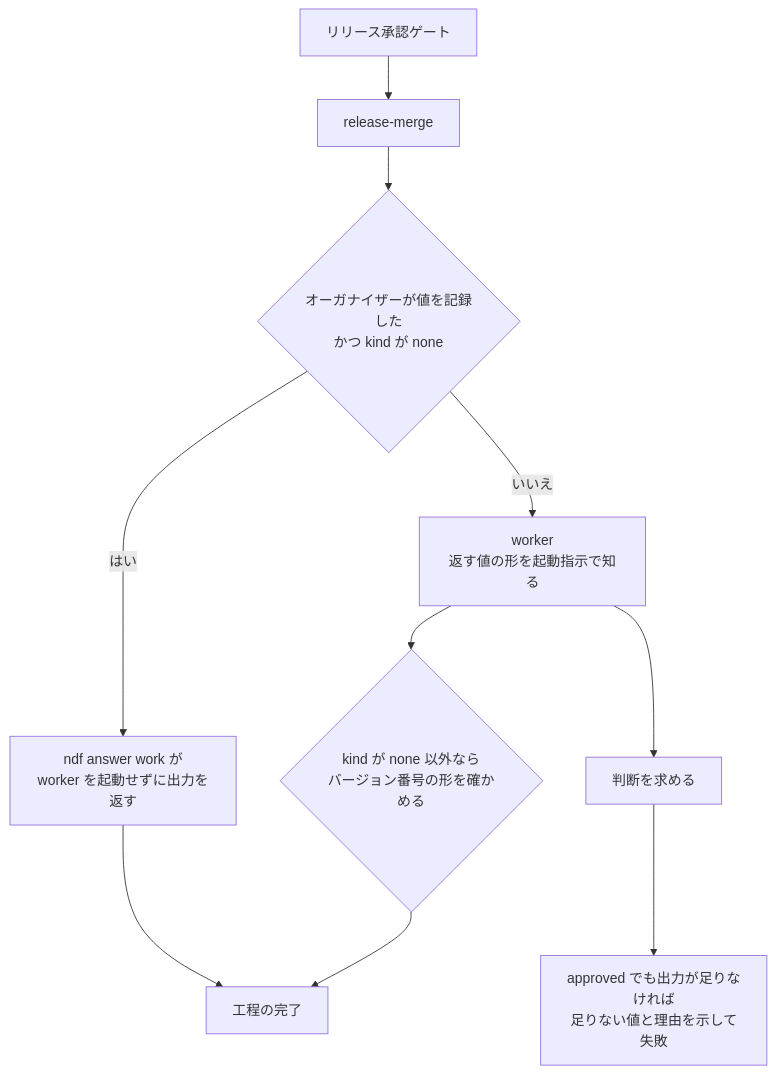
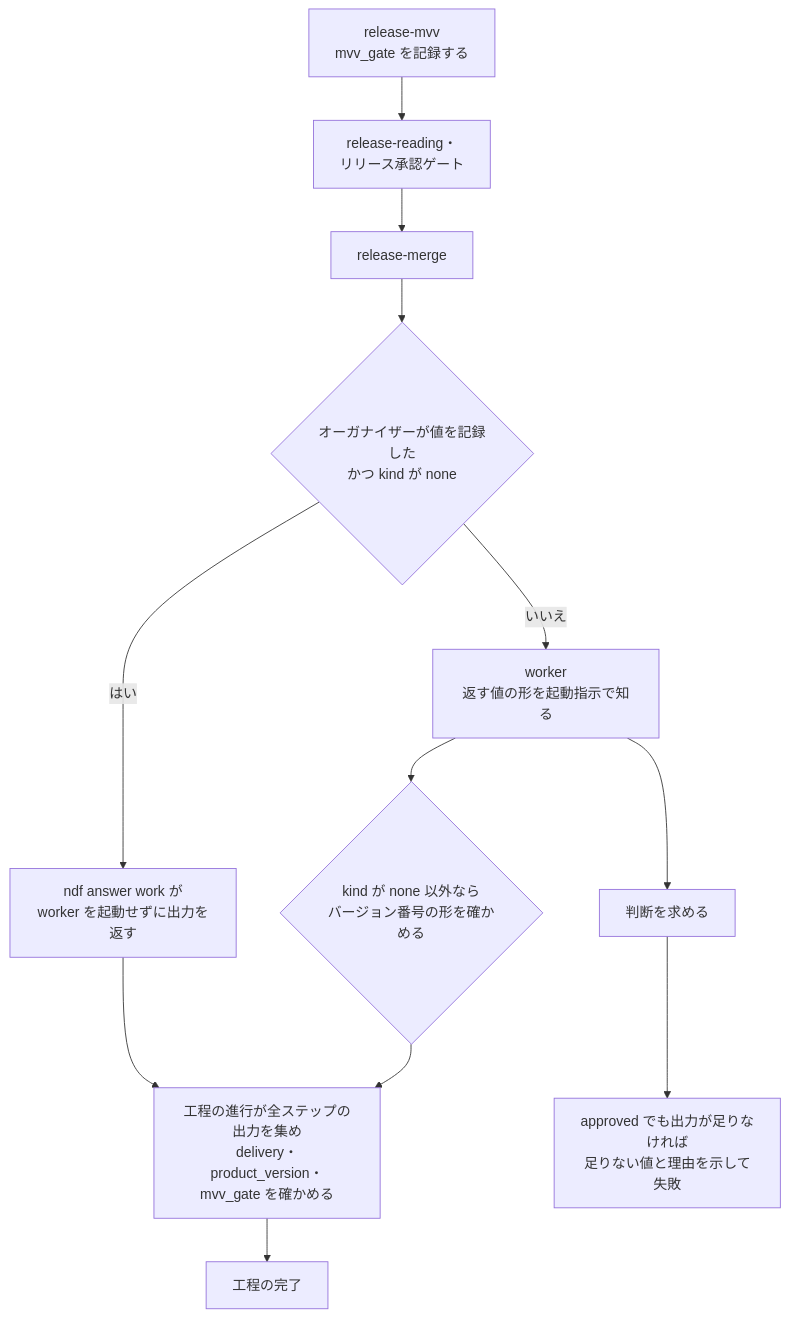
One commit to devbasex/ai-plugins changed the second of 3 diagrams in issues/issue-4513-design.md. Above: the diagram before and after it, drawn with Mermaid. The commit also changed other lines of this file and 1 other file, not shown here.

````diff
--- a/issues/issue-4513-design.md
+++ b/issues/issue-4513-design.md
@@ -41,12 +56,14 @@
 ```mermaid
 graph TD
-  gate["リリース承認ゲート"] --> merge["release-merge"]
+  mvv["release-mvv<br>mvv_gate を記録する"] --> gate["release-reading・<br>リリース承認ゲート"]
+  gate --> merge["release-merge"]
   merge --> q{"オーガナイザーが値を記録した<br>かつ kind が none"}
   q -->|はい| script["ndf answer work が<br>worker を起動せずに出力を返す"]
   q -->|いいえ| worker["worker<br>返す値の形を起動指示で知る"]
   worker --> check{"kind が none 以外なら<br>バージョン番号の形を確かめる"}
-  script --> done["工程の完了"]
-  check --> done
+  script --> sum["工程の進行が全ステップの出力を集め<br>delivery・product_version・mvv_gate を確かめる"]
+  check --> sum
+  sum --> done["工程の完了"]
   worker --> ask["判断を求める"]
   ask --> fail["approved でも出力が足りなければ<br>足りない値と理由を示して失敗"]
 ```
````
